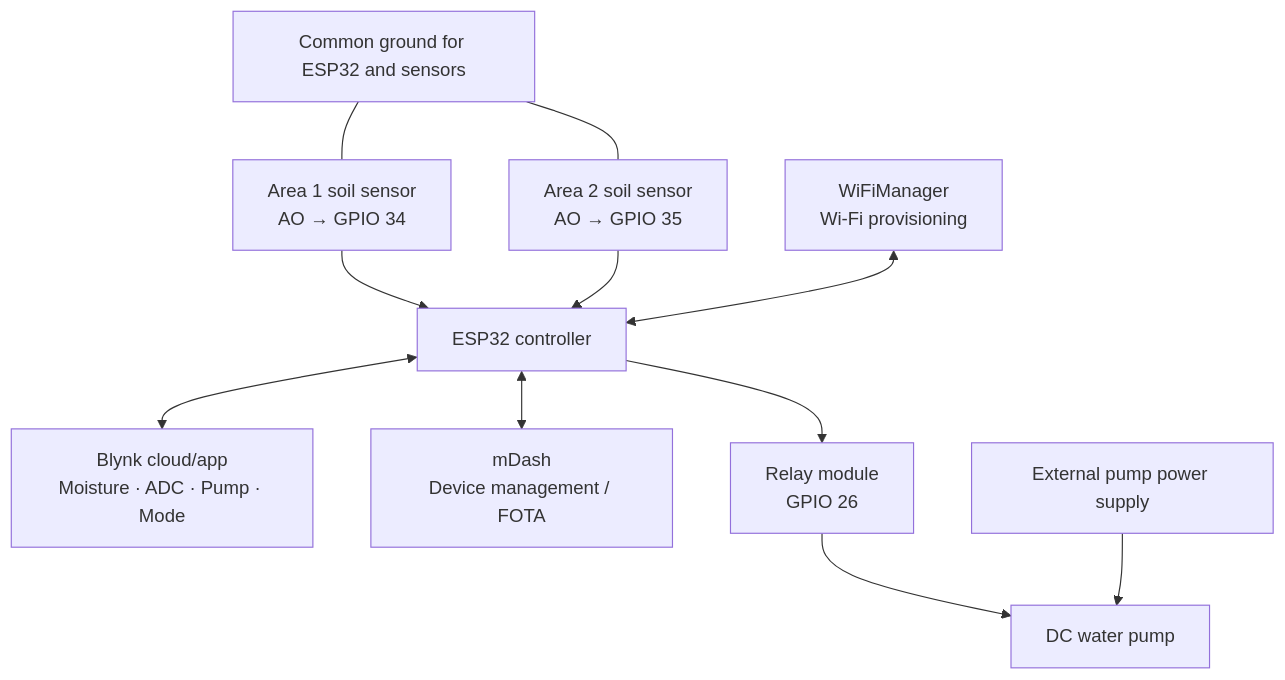
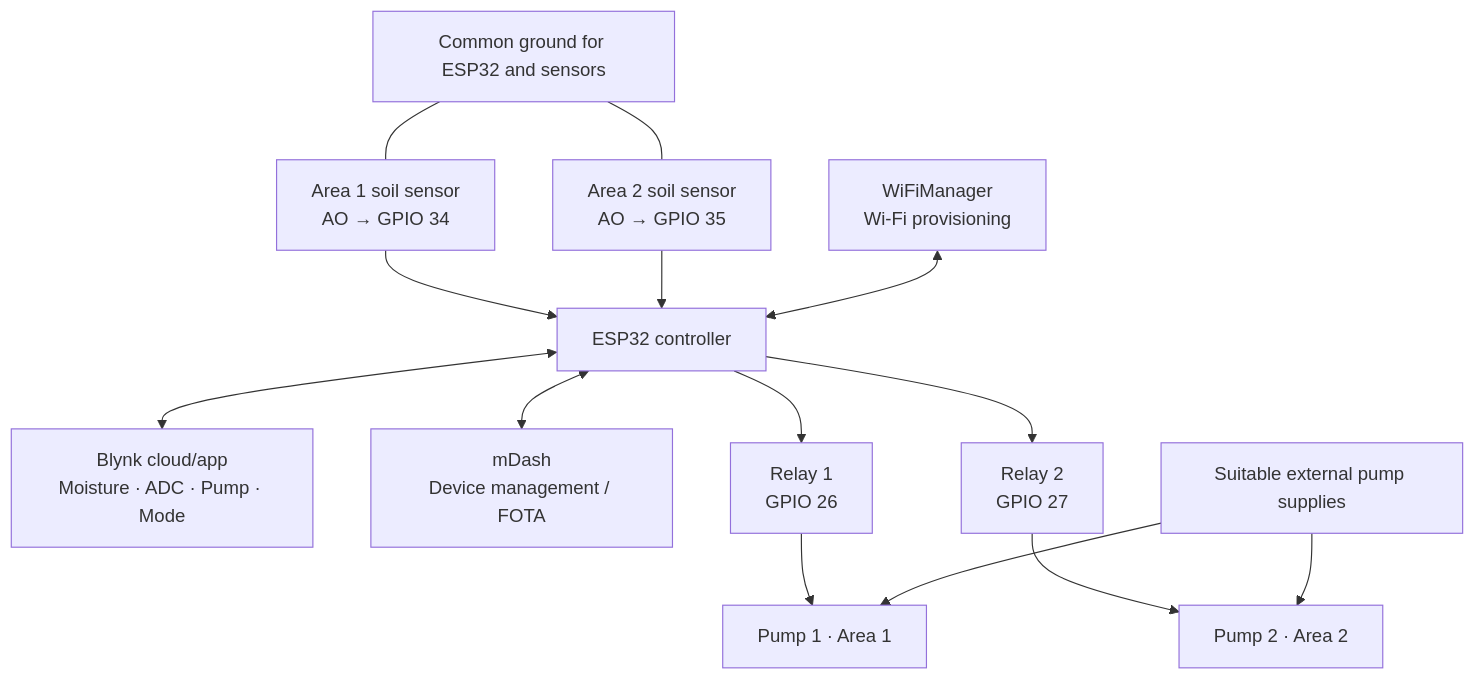
The first of 2 diagrams in README.md (abhijarvis/water-irrigation), drawn with Mermaid before and after one commit. The commit also changed other lines of this file, not shown here.

````diff
--- a/README.md
+++ b/README.md
@@ -12,13 +12,16 @@
 ```mermaid
 flowchart TD
     S1["Area 1 soil sensor<br/>AO → GPIO 34"] --> ESP["ESP32 controller"]
     S2["Area 2 soil sensor<br/>AO → GPIO 35"] --> ESP
     WM["WiFiManager<br/>Wi-Fi provisioning"] <--> ESP
     ESP <--> BK["Blynk cloud/app<br/>Moisture · ADC · Pump · Mode"]
     ESP <--> MD["mDash<br/>Device management / FOTA"]
-    ESP --> R["Relay module<br/>GPIO 26"]
-    R --> P["DC water pump"]
-    PS["External pump power supply"] --> P
+    ESP --> R1["Relay 1<br/>GPIO 26"]
+    R1 --> P1["Pump 1 · Area 1"]
+    ESP --> R2["Relay 2<br/>GPIO 27"]
+    R2 --> P2["Pump 2 · Area 2"]
+    PS["Suitable external pump supplies"] --> P1
+    PS --> P2
     G["Common ground for ESP32 and sensors"] --- S1
     G --- S2
 ```
````
